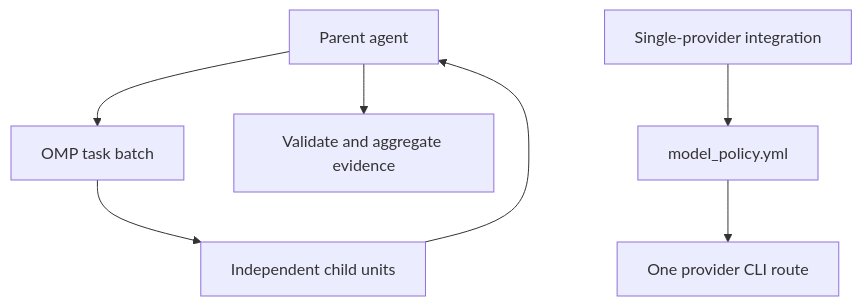
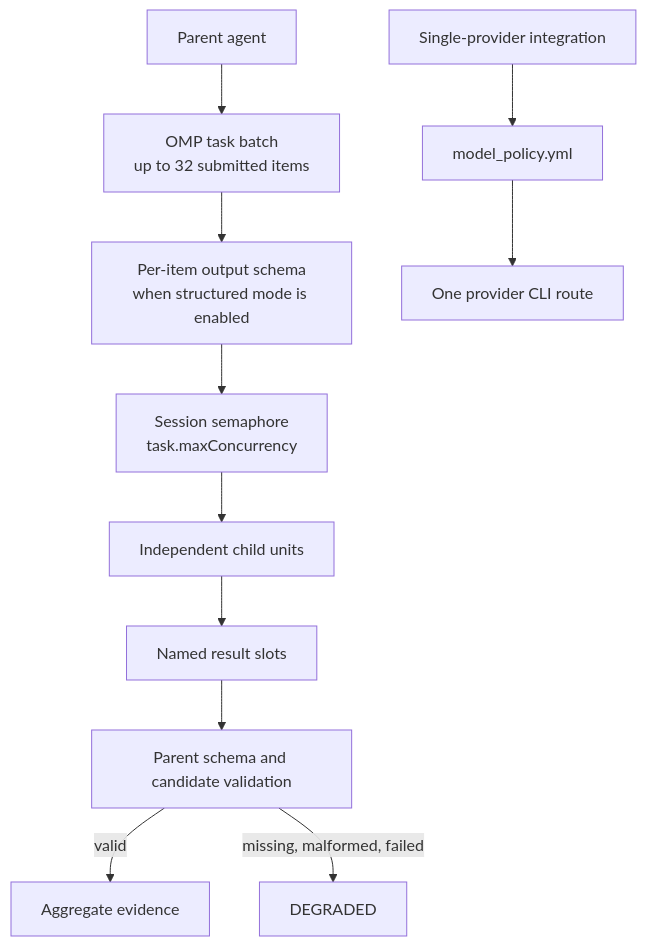
One commit to RB-chrismandich/Manifest changed the diagram in docs/diagrams/agents.md. Above: the diagram before and after it, drawn with Mermaid. The commit also changed other lines of this file and 27 other files, not shown here.

````diff
--- a/docs/diagrams/agents.md
+++ b/docs/diagrams/agents.md
@@ -5,9 +7,13 @@
 ```mermaid
 flowchart TD
-  P[Parent agent] --> T[OMP task batch]
-  T --> W[Independent child units]
-  W --> P
-  P --> V[Validate and aggregate evidence]
-  S[Single-provider integration] --> M[model_policy.yml]
-  M --> C[One provider CLI route]
+  P[Parent agent] --> T[OMP task batch<br/>up to 32 submitted items]
+  T --> S[Per-item output schema<br/>when structured mode is enabled]
+  S --> C[Session semaphore<br/>task.maxConcurrency]
+  C --> W[Independent child units]
+  W --> R[Named result slots]
+  R --> V[Parent schema and candidate validation]
+  V -->|valid| A[Aggregate evidence]
+  V -->|missing, malformed, failed| D[DEGRADED]
+  I[Single-provider integration] --> M[model_policy.yml]
+  M --> CLI[One provider CLI route]
 ```
````
